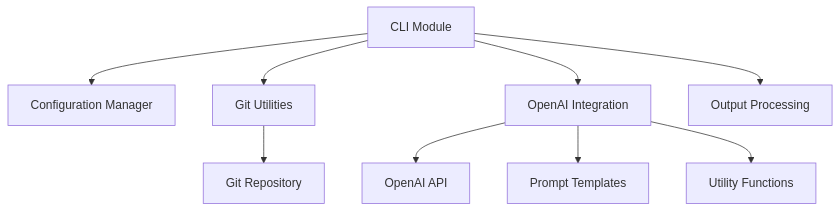
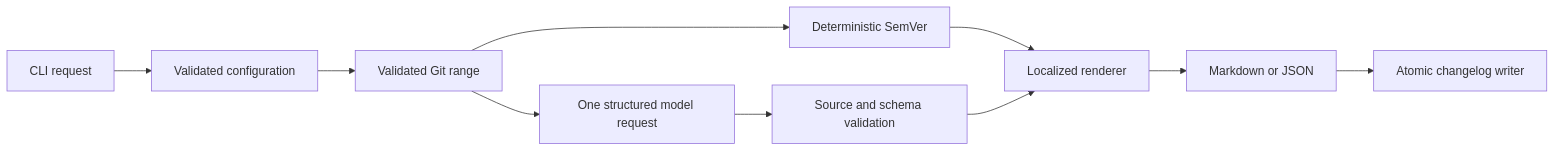
The diagram in docs/developer-guide/architecture.md (xjodoin/gptchangelog), drawn with Mermaid before and after one commit. The commit also changed other lines of this file and 34 other files, not shown here.

First line of the commit message:
feat: harden structured changelog generation

````diff
--- a/docs/developer-guide/architecture.md
+++ b/docs/developer-guide/architecture.md
@@ -9,11 +5,12 @@
 ```mermaid
-graph TD
-    CLI[CLI Module] --> Config[Configuration Manager]
-    CLI --> GitUtils[Git Utilities]
-    CLI --> OpenAIUtils[OpenAI Integration]
-    GitUtils --> Repo[Git Repository]
-    OpenAIUtils --> OpenAI[OpenAI API]
-    OpenAIUtils --> Templates[Prompt Templates]
-    OpenAIUtils --> Utils[Utility Functions]
-    CLI --> Output[Output Processing]
+flowchart LR
+    CLI[CLI request] --> Config[Validated configuration]
+    Config --> Git[Validated Git range]
+    Git --> Version[Deterministic SemVer]
+    Git --> Draft[One structured model request]
+    Version --> Render[Localized renderer]
+    Draft --> Validate[Source and schema validation]
+    Validate --> Render
+    Render --> Artifact[Markdown or JSON]
+    Artifact --> Writer[Atomic changelog writer]
 ```
````
